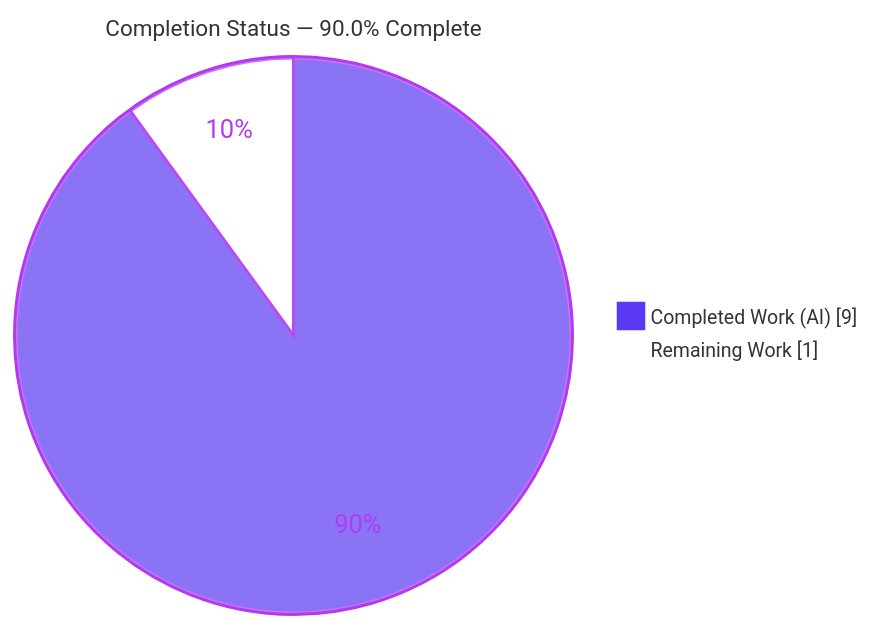
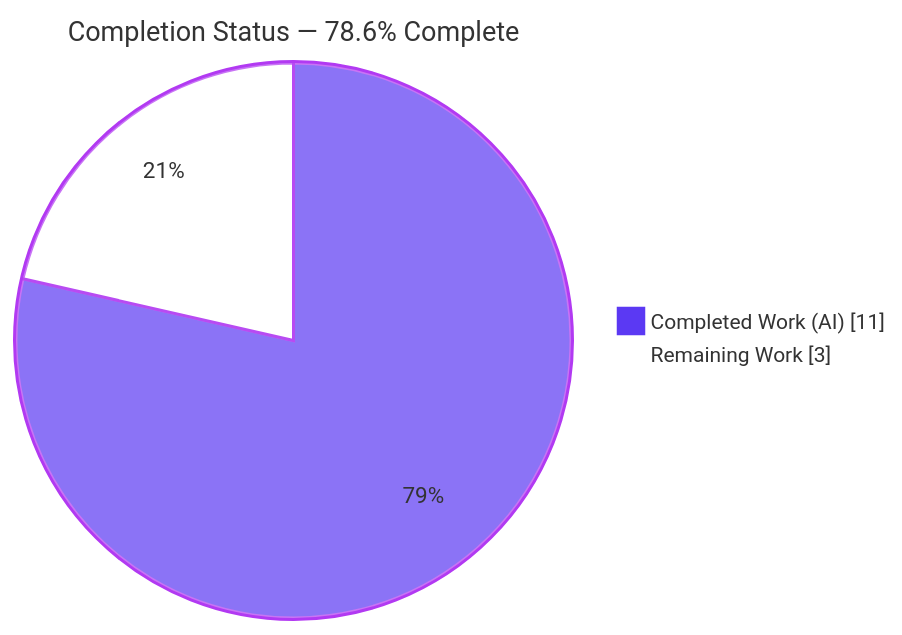
Before and after one commit to Sandeep01Kumar/existing-projects-qa-test-02-dec: the first of 3 diagrams in blitzy/documentation/Project Guide.md, drawn with Mermaid. The commit also changed other lines of this file, not shown here.

Commit message:
Adding Blitzy Project Guide: Project Status and Human Tasks Remaining

````diff
--- a/blitzy/documentation/Project Guide.md
+++ b/blitzy/documentation/Project Guide.md
@@ -16,6 +17,6 @@
 ```mermaid
-%%{init: {"theme":"base","themeVariables":{"pie1":"#5B39F3","pie2":"#FFFFFF","pieStrokeColor":"#B23AF2","pieOuterStrokeColor":"#B23AF2","pieSectionTextColor":"#B23AF2","pieTitleTextSize":"15px","pieLegendTextSize":"13px"}}}%%
-pie showData title Completion Status — 90.0% Complete
-    "Completed Work (AI)" : 9.0
-    "Remaining Work" : 1.0
+%%{init: {'theme':'base','themeVariables':{'pie1':'#5B39F3','pie2':'#FFFFFF','pieStrokeColor':'#B23AF2','pieOuterStrokeColor':'#B23AF2','pieTitleTextSize':'18px','pieSectionTextSize':'15px','pieLegendTextSize':'14px'}}}%%
+pie showData title Completion Status — 78.6% Complete
+    "Completed Work (AI)" : 11
+    "Remaining Work" : 3
 ```
````
